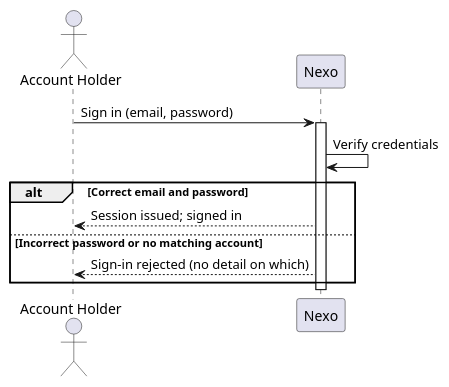
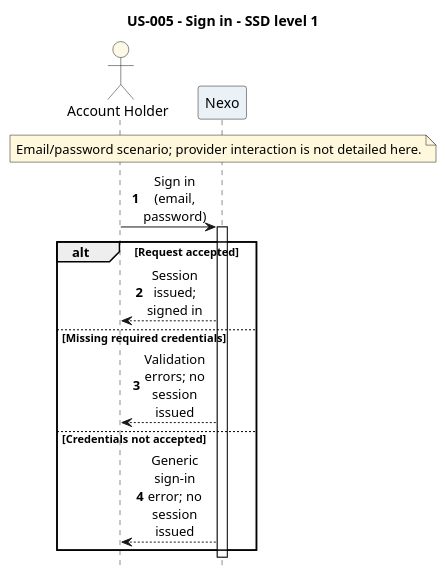
The diagram in docs/us/US-005/ssd/level-1/puml/US-005-level-1.puml (vscosousa/Nexo), drawn with PlantUML before and after one commit. The commit also changed 80 other files, not shown here.

Commit message:
docs: refresh documentation with current status and updated diagrams

```diff
--- a/docs/us/US-005/ssd/level-1/puml/US-005-level-1.puml
+++ b/docs/us/US-005/ssd/level-1/puml/US-005-level-1.puml
@@ -1,13 +1,28 @@
 @startuml
+title US-005 - Sign in - SSD level 1
+hide footbox
+skinparam shadowing false
+skinparam sequenceMessageAlign center
+skinparam maxMessageSize 75
+skinparam ParticipantBackgroundColor #EAF2F8
+skinparam ActorBackgroundColor #FEF9E7
+skinparam NoteBackgroundColor #FFF8DC
+autonumber
+
 actor "Account Holder" as User
 participant "Nexo" as System
+
+note over System
+  Email/password scenario; provider interaction is not detailed here.
+end note
 User -> System: Sign in (email, password)
 activate System
-System -> System: Verify credentials
-alt Correct email and password
+alt Request accepted
     System --> User: Session issued; signed in
-else Incorrect password or no matching account
-    System --> User: Sign-in rejected (no detail on which)
+else Missing required credentials
+    System --> User: Validation errors; no session issued
+else Credentials not accepted
+    System --> User: Generic sign-in error; no session issued
 end
 deactivate System
 @enduml
```
